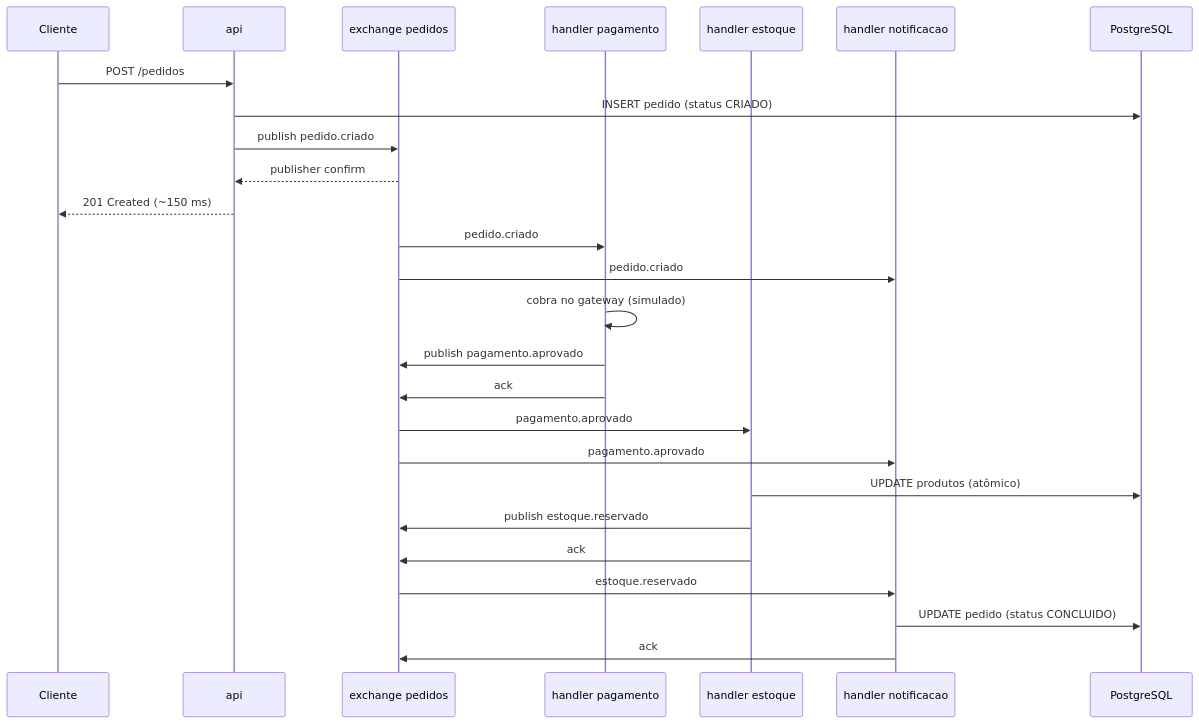
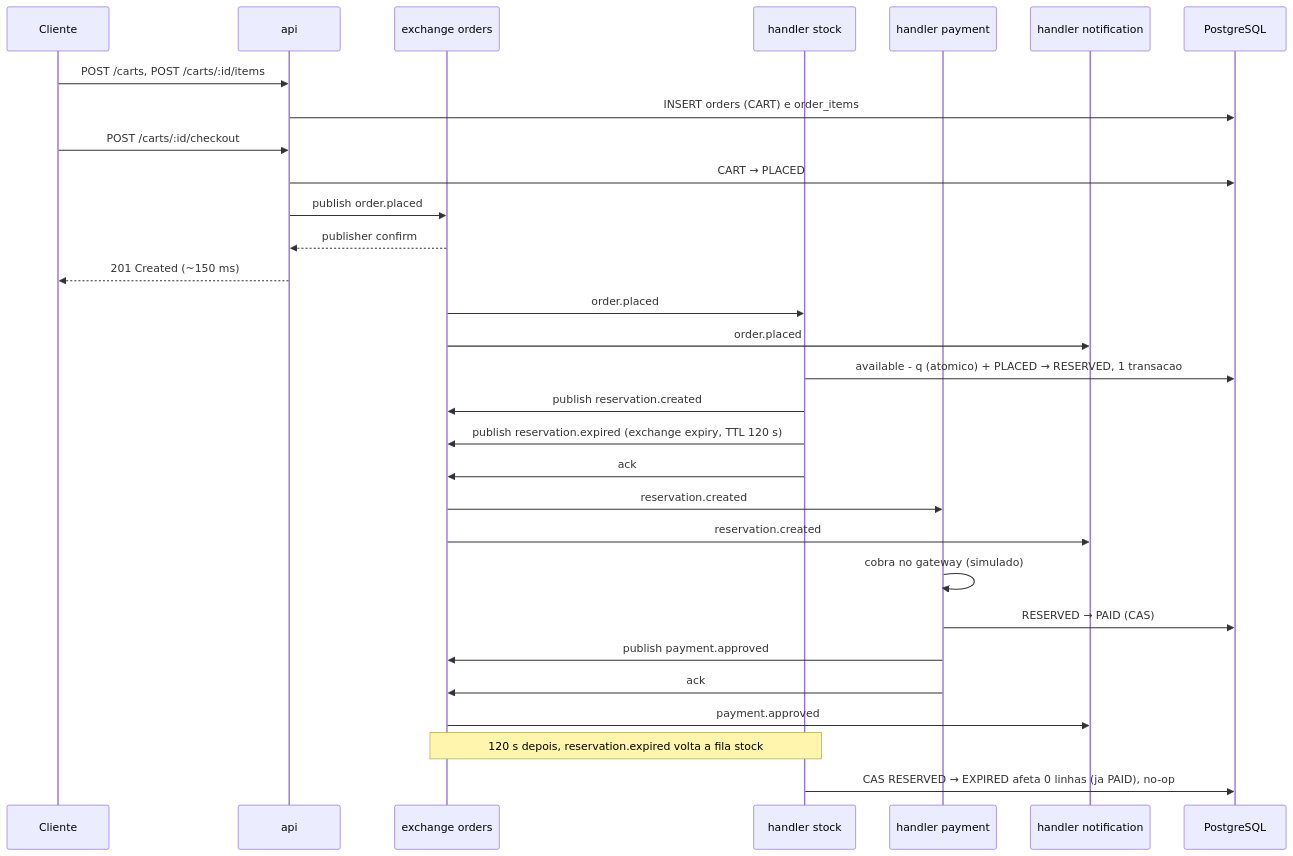
Before and after one commit to NicolasPaterno/message-queue-ecommerce: the second of 6 diagrams in docs/etapa2.md, drawn with Mermaid. The commit also changed other lines of this file, not shown here.

Commit message:
docs(etapa2): reserve stock before payment with ttl expiry and cas status

````diff
--- a/docs/etapa2.md
+++ b/docs/etapa2.md
@@ -135,32 +155,36 @@
 ```mermaid
 sequenceDiagram
     participant C as Cliente
     participant A as api
-    participant X as exchange pedidos
-    participant P as handler pagamento
-    participant E as handler estoque
-    participant N as handler notificacao
+    participant X as exchange orders
+    participant S as handler stock
+    participant P as handler payment
+    participant N as handler notification
     participant DB as PostgreSQL
 
-    C->>A: POST /pedidos
-    A->>DB: INSERT pedido (status CRIADO)
-    A->>X: publish pedido.criado
+    C->>A: POST /carts, POST /carts/:id/items
+    A->>DB: INSERT orders (CART) e order_items
+    C->>A: POST /carts/:id/checkout
+    A->>DB: CART → PLACED
+    A->>X: publish order.placed
     X-->>A: publisher confirm
     A-->>C: 201 Created (~150 ms)
 
-    X->>P: pedido.criado
-    X->>N: pedido.criado
+    X->>S: order.placed
+    X->>N: order.placed
+    S->>DB: available - q (atomico) + PLACED → RESERVED, 1 transacao
+    S->>X: publish reservation.created
+    S->>X: publish reservation.expired (exchange expiry, TTL 120 s)
+    S->>X: ack
+
+    X->>P: reservation.created
+    X->>N: reservation.created
     P->>P: cobra no gateway (simulado)
-    P->>X: publish pagamento.aprovado
+    P->>DB: RESERVED → PAID (CAS)
+    P->>X: publish payment.approved
     P->>X: ack
+    X->>N: payment.approved
 
-    X->>E: pagamento.aprovado
-    X->>N: pagamento.aprovado
-    E->>DB: UPDATE produtos (atômico)
-    E->>X: publish estoque.reservado
-    E->>X: ack
-
-    X->>N: estoque.reservado
-    N->>DB: UPDATE pedido (status CONCLUIDO)
-    N->>X: ack
+    Note over X,S: 120 s depois, reservation.expired volta a fila stock
+    S->>DB: CAS RESERVED → EXPIRED afeta 0 linhas (ja PAID), no-op
 ```
````
